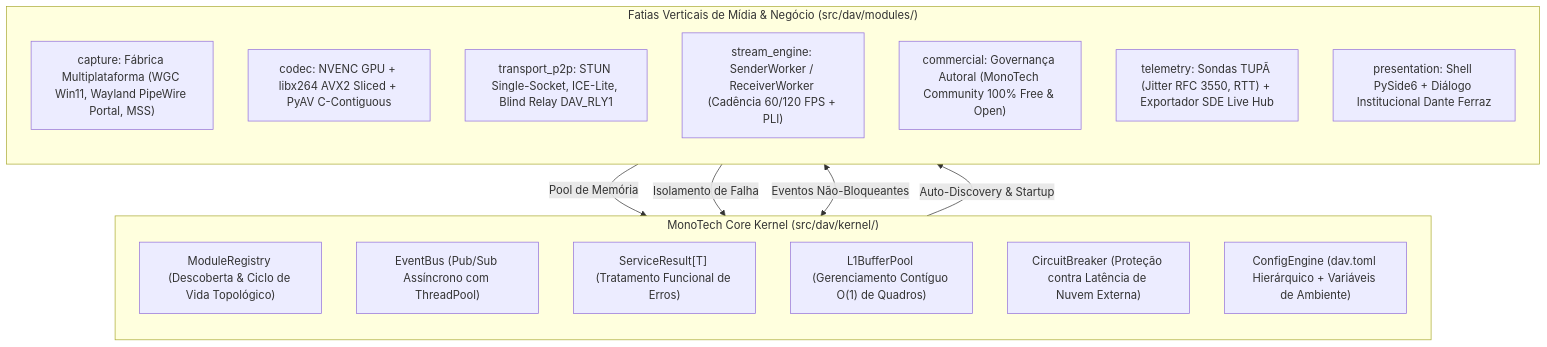
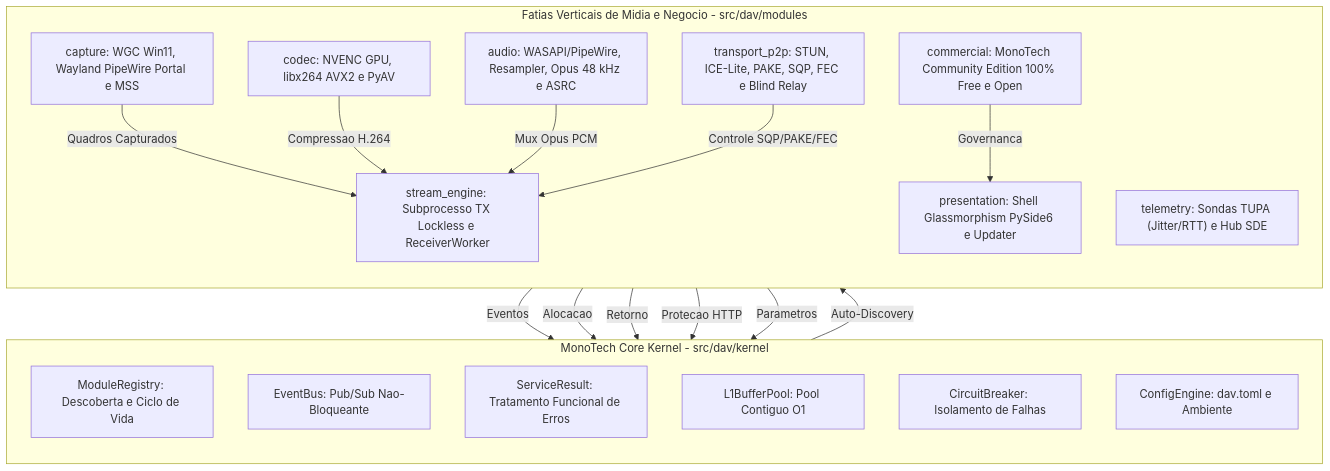
The first of 3 diagrams in README.md (DanteFerraz/DA-V__Distribuidor_Aamplo-Video), drawn with Mermaid before and after one commit. The commit also changed other lines of this file and 3 other files, not shown here.

First line of the commit message:
fix(build): corrigir compilacao C++23 e diagramas Mermaid no README

````diff
--- a/README.md
+++ b/README.md
@@ -37,28 +37,36 @@
 ```mermaid
 flowchart TB
-    subgraph KERNEL ["MonoTech Core Kernel (src/dav/kernel/)"]
+    subgraph KERNEL["MonoTech Core Kernel - src/dav/kernel"]
         direction TB
-        REG["ModuleRegistry (Descoberta & Ciclo de Vida Topológico)"]
-        BUS["EventBus (Pub/Sub Assíncrono com ThreadPool)"]
-        RES["ServiceResult[T] (Tratamento Funcional de Erros)"]
-        POOL["L1BufferPool (Gerenciamento Contíguo O(1) de Quadros)"]
-        CB["CircuitBreaker (Proteção contra Latência de Nuvem Externa)"]
-        CONF["ConfigEngine (dav.toml Hierárquico + Variáveis de Ambiente)"]
+        REG["ModuleRegistry: Descoberta e Ciclo de Vida"]
+        BUS["EventBus: Pub/Sub Nao-Bloqueante"]
+        RES["ServiceResult: Tratamento Funcional de Erros"]
+        POOL["L1BufferPool: Pool Contiguo O1"]
+        CB["CircuitBreaker: Isolamento de Falhas"]
+        CONF["ConfigEngine: dav.toml e Ambiente"]
     end
 
-    subgraph SLICES ["Fatias Verticais de Mídia & Negócio (src/dav/modules/)"]
+    subgraph SLICES["Fatias Verticais de Midia e Negocio - src/dav/modules"]
         direction TB
-        CAP["capture: Fábrica Multiplataforma (WGC Win11, Wayland PipeWire Portal, MSS)"]
-        COD["codec: NVENC GPU + libx264 AVX2 Sliced + PyAV C-Contiguous"]
-        NET["transport_p2p: STUN Single-Socket, ICE-Lite, Blind Relay DAV_RLY1"]
-        ENG["stream_engine: SenderWorker / ReceiverWorker (Cadência 60/120 FPS + PLI)"]
-        COM["commercial: Governança Autoral (MonoTech Community 100% Free & Open)"]
-        TEL["telemetry: Sondas TUPÃ (Jitter RFC 3550, RTT) + Exportador SDE Live Hub"]
-        UI["presentation: Shell PySide6 + Diálogo Institucional Dante Ferraz"]
+        CAP["capture: WGC Win11, Wayland PipeWire Portal e MSS"]
+        COD["codec: NVENC GPU, libx264 AVX2 e PyAV"]
+        NET["transport_p2p: STUN, ICE-Lite, PAKE, SQP, FEC e Blind Relay"]
+        AUD["audio: WASAPI/PipeWire, Resampler, Opus 48 kHz e ASRC"]
+        ENG["stream_engine: Subprocesso TX Lockless e ReceiverWorker"]
+        COM["commercial: MonoTech Community Edition 100% Free e Open"]
+        TEL["telemetry: Sondas TUPA (Jitter/RTT) e Hub SDE"]
+        UI["presentation: Shell Glassmorphism PySide6 e Updater"]
     end
 
-    REG -->|"Auto-Discovery & Startup"| SLICES
-    SLICES <-->|"Eventos Não-Bloqueantes"| BUS
-    ENG -->|"Pool de Memória"| POOL
-    TEL -->|"Isolamento de Falha"| CB
+    REG -->|"Auto-Discovery"| ENG
+    CAP -->|"Quadros Capturados"| ENG
+    COD -->|"Compressao H.264"| ENG
+    AUD -->|"Mux Opus PCM"| ENG
+    NET -->|"Controle SQP/PAKE/FEC"| ENG
+    ENG -->|"Eventos"| BUS
+    ENG -->|"Alocacao"| POOL
+    ENG -->|"Retorno"| RES
+    TEL -->|"Protecao HTTP"| CB
+    UI -->|"Parametros"| CONF
+    COM -->|"Governanca"| UI
 ```
````
